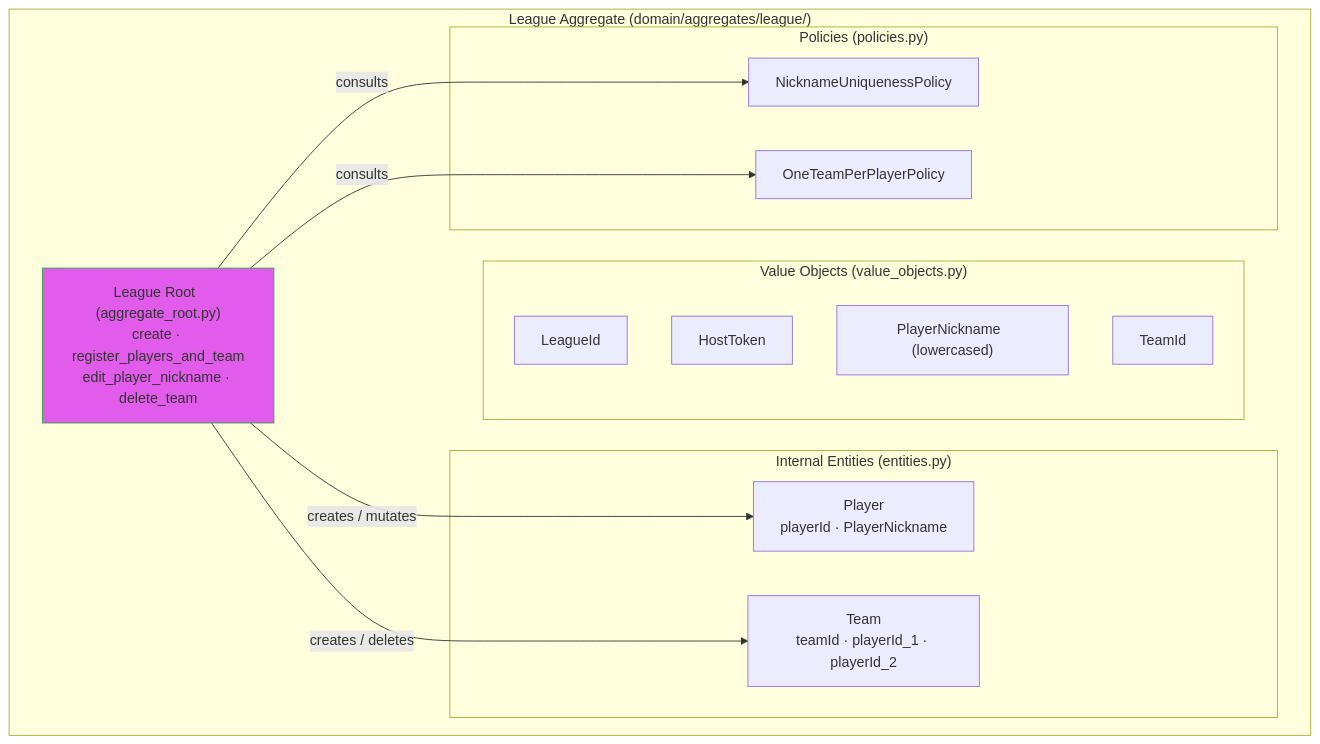
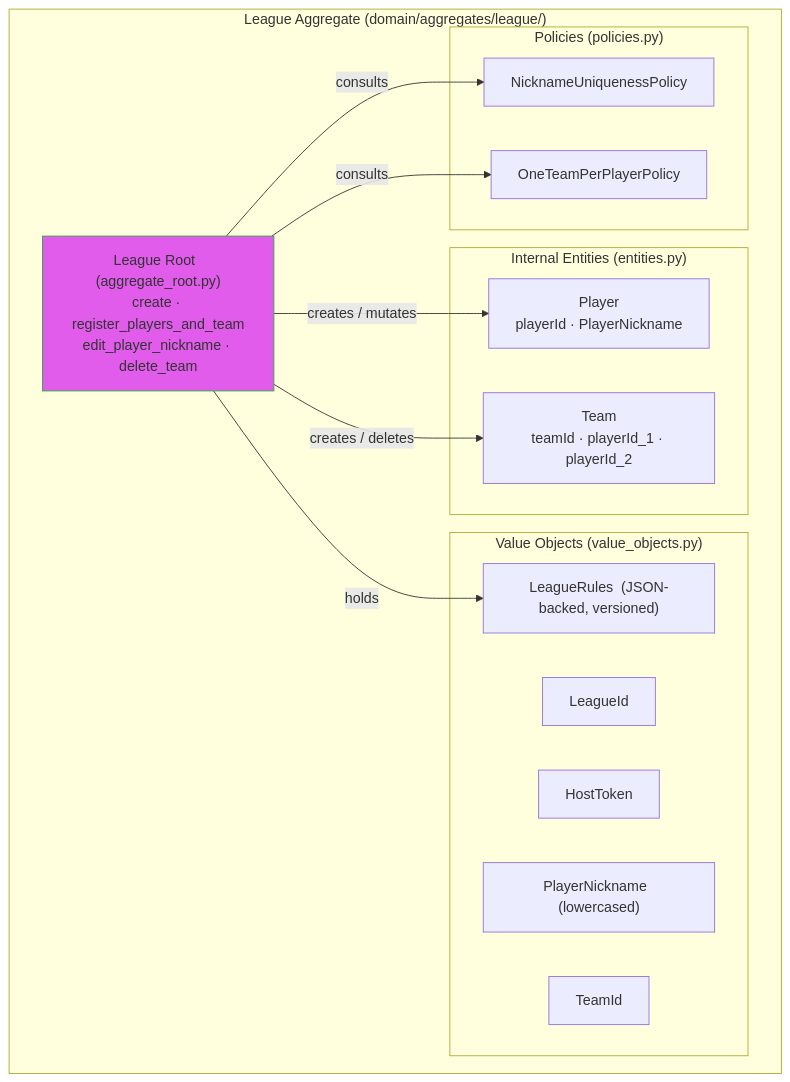
One commit to swjeong0825/TLMB_backend_main changed the diagram in Design_Doc/TLMB_Design_doc/05_aggregate_designs/league.md. Above: the diagram before and after it, drawn with Mermaid. The commit also changed other lines of this file and 40 other files, not shown here.

````diff
--- a/Design_Doc/TLMB_Design_doc/05_aggregate_designs/league.md
+++ b/Design_Doc/TLMB_Design_doc/05_aggregate_designs/league.md
@@ -5,30 +5,32 @@
 ```mermaid
 flowchart TD
     subgraph LEAGUE ["League Aggregate  (domain/aggregates/league/)"]
         ROOT["League Root  (aggregate_root.py)\ncreate · register_players_and_team\nedit_player_nickname · delete_team"]
 
         subgraph ENT ["Internal Entities  (entities.py)"]
             PE["Player\nplayerId · PlayerNickname"]
             TE["Team\nteamId · playerId_1 · playerId_2"]
         end
 
         subgraph VOS ["Value Objects  (value_objects.py)"]
             LI["LeagueId"]
             HT["HostToken"]
             PN["PlayerNickname  (lowercased)"]
             TI["TeamId"]
+            LR["LeagueRules  (JSON-backed, versioned)"]
         end
 
         subgraph POL ["Policies  (policies.py)"]
             NUP["NicknameUniquenessPolicy"]
             OTP["OneTeamPerPlayerPolicy"]
         end
     end
 
     ROOT -->|"creates / mutates"| PE
     ROOT -->|"creates / deletes"| TE
+    ROOT -->|"holds"| LR
     ROOT -->|"consults"| NUP
     ROOT -->|"consults"| OTP
 
     style ROOT fill:#d4ed,stroke:#28a745
 ```
````
